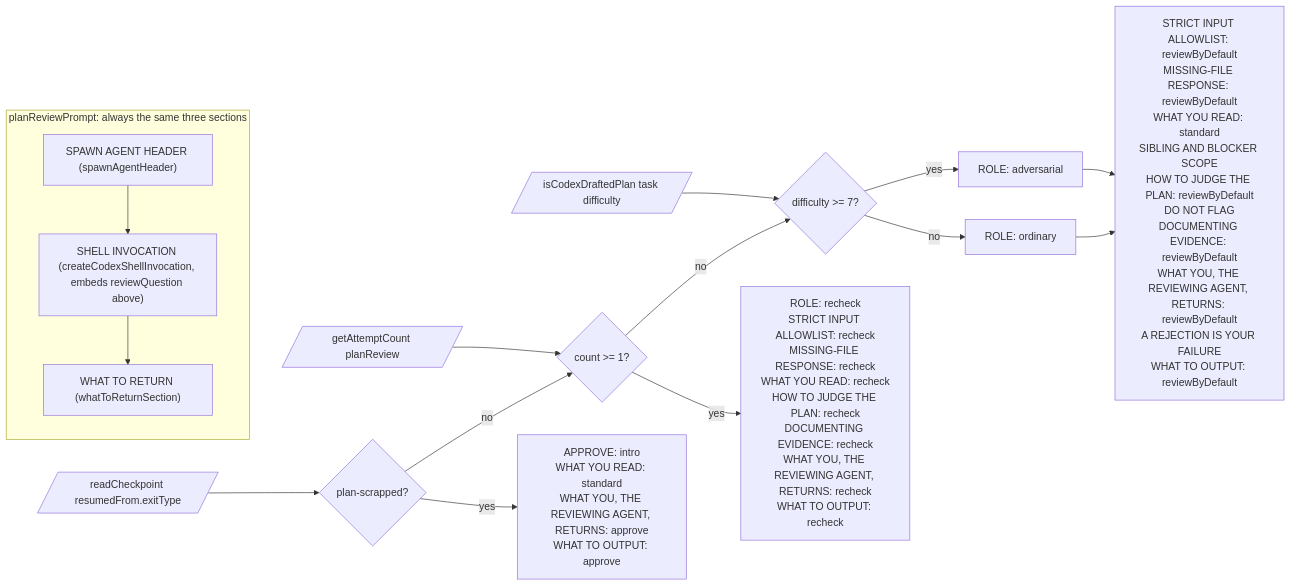
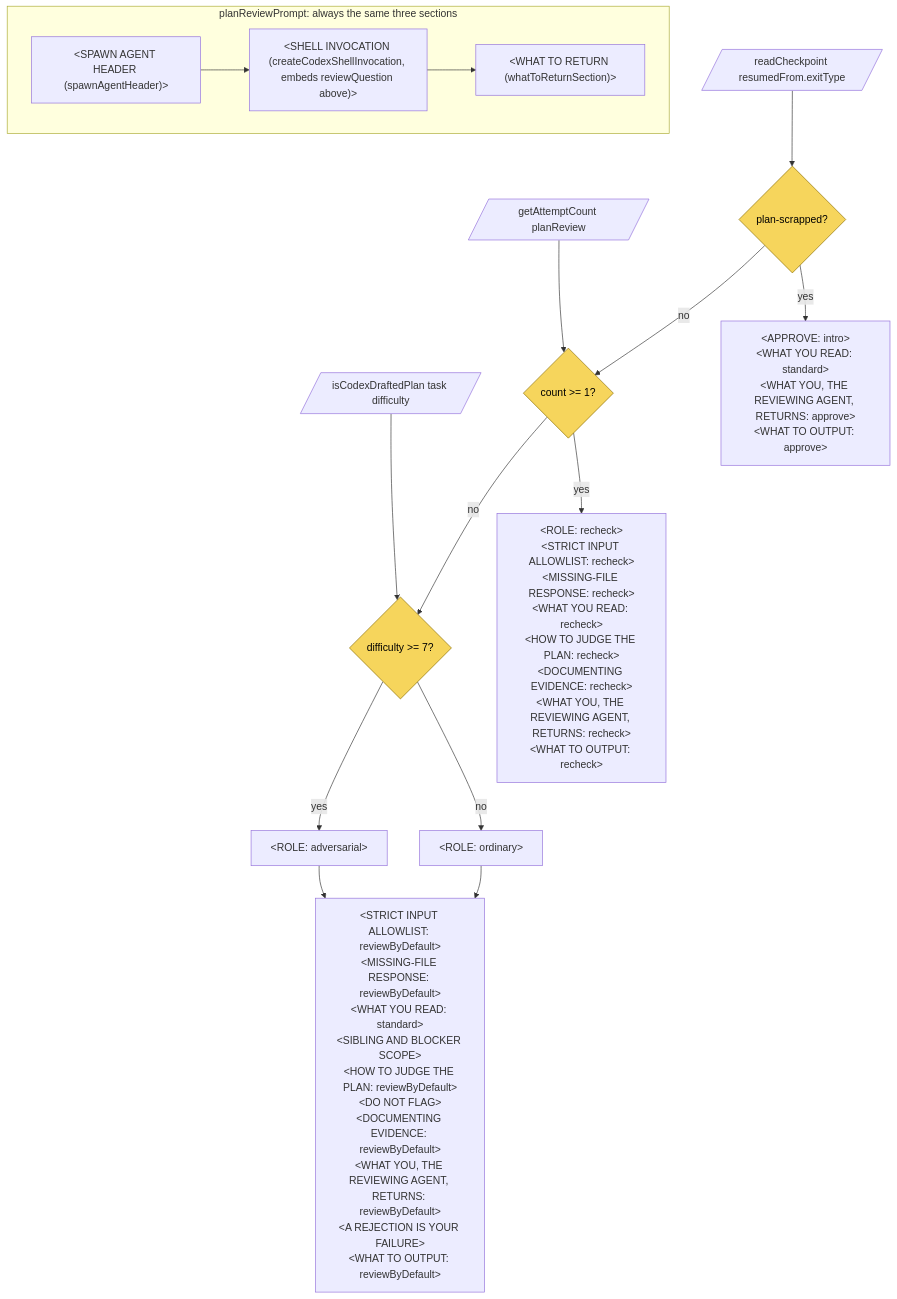
Before and after one commit to matkatmusic/taskTools: the diagram in diagrams/prompts/CodexReviewBodyEmitter.mmd, drawn with Mermaid. The commit also changed 52 other files, not shown here.

First line of the commit message:
Refactor review agent prompts and error handling for clarity and consistency

```diff
--- a/diagrams/prompts/CodexReviewBodyEmitter.mmd
+++ b/diagrams/prompts/CodexReviewBodyEmitter.mmd
@@ -1,24 +1,26 @@
 %% How reviewQuestion and planReviewPrompt pick their sections. Inputs left, decisions middle, sections right. Not a pipeline diagram.
-flowchart LR
+flowchart TD
     resumed[/readCheckpoint resumedFrom.exitType/] --> scrapped{plan-scrapped?}
     attempts[/getAttemptCount planReview/] --> attempted{count >= 1?}
     difficulty[/isCodexDraftedPlan task difficulty/] --> adversarial{difficulty >= 7?}
 
     scrapped -- yes --> APPROVE
     scrapped -- no --> attempted
     attempted -- yes --> RECHECK
     attempted -- no --> adversarial
 
-    APPROVE["APPROVE: intro<br>WHAT YOU READ: standard<br>WHAT YOU, THE REVIEWING AGENT, RETURNS: approve<br>WHAT TO OUTPUT: approve"]
+    APPROVE["#60;APPROVE: intro#62;<br>#60;WHAT YOU READ: standard#62;<br>#60;WHAT YOU, THE REVIEWING AGENT, RETURNS: approve#62;<br>#60;WHAT TO OUTPUT: approve#62;"]
 
-    RECHECK["ROLE: recheck<br>STRICT INPUT ALLOWLIST: recheck<br>MISSING-FILE RESPONSE: recheck<br>WHAT YOU READ: recheck<br>HOW TO JUDGE THE PLAN: recheck<br>DOCUMENTING EVIDENCE: recheck<br>WHAT YOU, THE REVIEWING AGENT, RETURNS: recheck<br>WHAT TO OUTPUT: recheck"]
+    RECHECK["#60;ROLE: recheck#62;<br>#60;STRICT INPUT ALLOWLIST: recheck#62;<br>#60;MISSING-FILE RESPONSE: recheck#62;<br>#60;WHAT YOU READ: recheck#62;<br>#60;HOW TO JUDGE THE PLAN: recheck#62;<br>#60;DOCUMENTING EVIDENCE: recheck#62;<br>#60;WHAT YOU, THE REVIEWING AGENT, RETURNS: recheck#62;<br>#60;WHAT TO OUTPUT: recheck#62;"]
 
-    adversarial -- yes --> ROLE_ADV["ROLE: adversarial"]
-    adversarial -- no --> ROLE_ORD["ROLE: ordinary"]
+    adversarial -- yes --> ROLE_ADV["#60;ROLE: adversarial#62;"]
+    adversarial -- no --> ROLE_ORD["#60;ROLE: ordinary#62;"]
     ROLE_ADV --> DEFAULT
     ROLE_ORD --> DEFAULT
-    DEFAULT["STRICT INPUT ALLOWLIST: reviewByDefault<br>MISSING-FILE RESPONSE: reviewByDefault<br>WHAT YOU READ: standard<br>SIBLING AND BLOCKER SCOPE<br>HOW TO JUDGE THE PLAN: reviewByDefault<br>DO NOT FLAG<br>DOCUMENTING EVIDENCE: reviewByDefault<br>WHAT YOU, THE REVIEWING AGENT, RETURNS: reviewByDefault<br>A REJECTION IS YOUR FAILURE<br>WHAT TO OUTPUT: reviewByDefault"]
+    DEFAULT["#60;STRICT INPUT ALLOWLIST: reviewByDefault#62;<br>#60;MISSING-FILE RESPONSE: reviewByDefault#62;<br>#60;WHAT YOU READ: standard#62;<br>#60;SIBLING AND BLOCKER SCOPE#62;<br>#60;HOW TO JUDGE THE PLAN: reviewByDefault#62;<br>#60;DO NOT FLAG#62;<br>#60;DOCUMENTING EVIDENCE: reviewByDefault#62;<br>#60;WHAT YOU, THE REVIEWING AGENT, RETURNS: reviewByDefault#62;<br>#60;A REJECTION IS YOUR FAILURE#62;<br>#60;WHAT TO OUTPUT: reviewByDefault#62;"]
 
     subgraph planReviewPrompt [planReviewPrompt: always the same three sections]
-        HEADER["SPAWN AGENT HEADER (spawnAgentHeader)"] --> SHELL["SHELL INVOCATION (createCodexShellInvocation, embeds reviewQuestion above)"] --> RETURN["WHAT TO RETURN (whatToReturnSection)"]
+        HEADER["#60;SPAWN AGENT HEADER (spawnAgentHeader)#62;"] --> SHELL["#60;SHELL INVOCATION (createCodexShellInvocation, embeds reviewQuestion above)#62;"] --> RETURN["#60;WHAT TO RETURN (whatToReturnSection)#62;"]
     end
+    classDef decision fill:#f6d55c,stroke:#8a6d00,color:#000
+    class adversarial,attempted,scrapped decision
```
